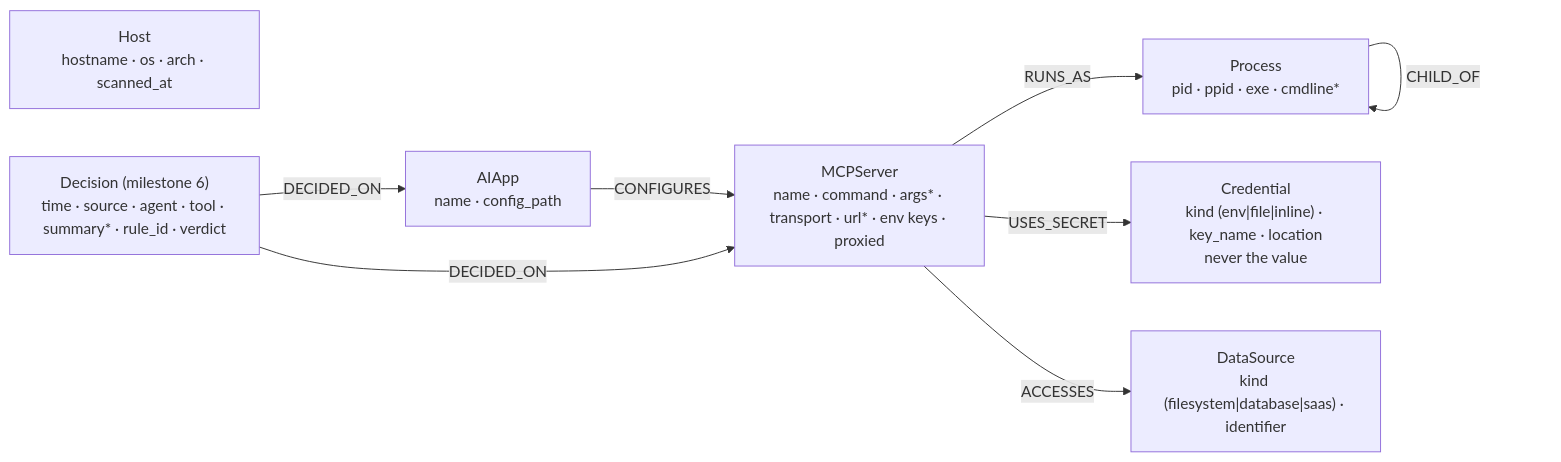
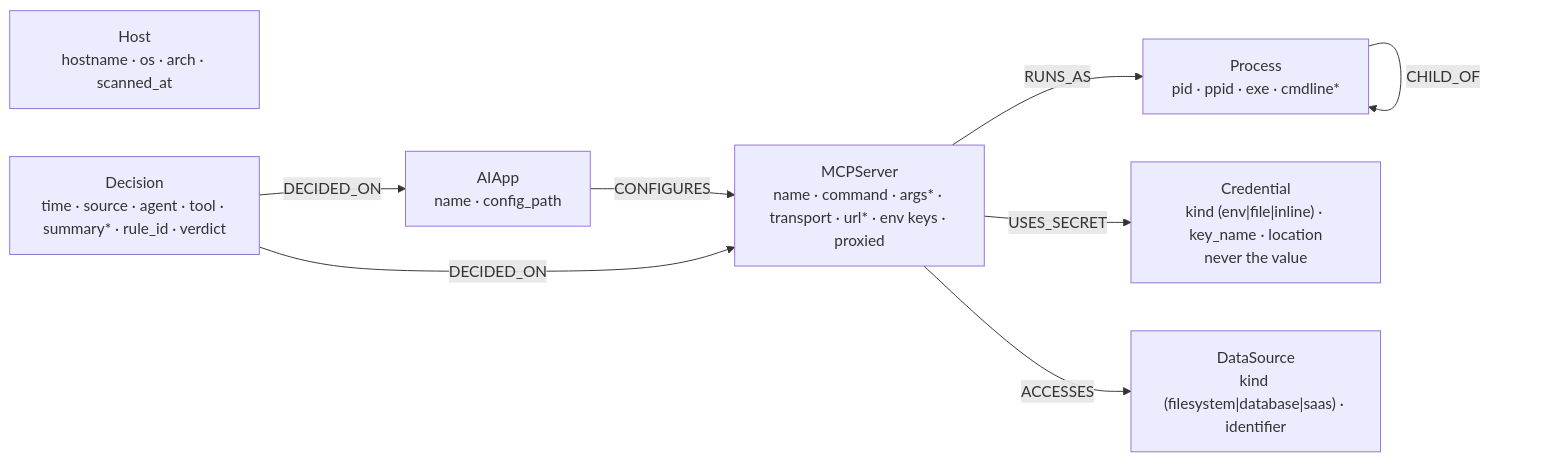
Before and after one commit to pilsu-choi/mcpgraph: the eighth of 10 diagrams in README.md, drawn with Mermaid. The commit also changed other lines of this file and 60 other files, not shown here.

````diff
--- a/README.md
+++ b/README.md
@@ -297,17 +368,17 @@
 ```mermaid
 flowchart LR
   Host["Host<br/>hostname · os · arch · scanned_at"]
   App["AIApp<br/>name · config_path"]
   Srv["MCPServer<br/>name · command · args* · transport · url* · env keys · proxied"]
   Proc["Process<br/>pid · ppid · exe · cmdline*"]
   Cred["Credential<br/>kind (env|file|inline) · key_name · location<br/>never the value"]
   DS["DataSource<br/>kind (filesystem|database|saas) · identifier"]
   App -->|CONFIGURES| Srv
   Srv -->|RUNS_AS| Proc
   Srv -->|USES_SECRET| Cred
   Srv -->|ACCESSES| DS
-  Dec["Decision (milestone 6)<br/>time · source · agent · tool · summary* · rule_id · verdict"]
+  Dec["Decision<br/>time · source · agent · tool · summary* · rule_id · verdict"]
   Proc -->|CHILD_OF| Proc
   Dec -->|DECIDED_ON| Srv
   Dec -->|DECIDED_ON| App
 ```
````
